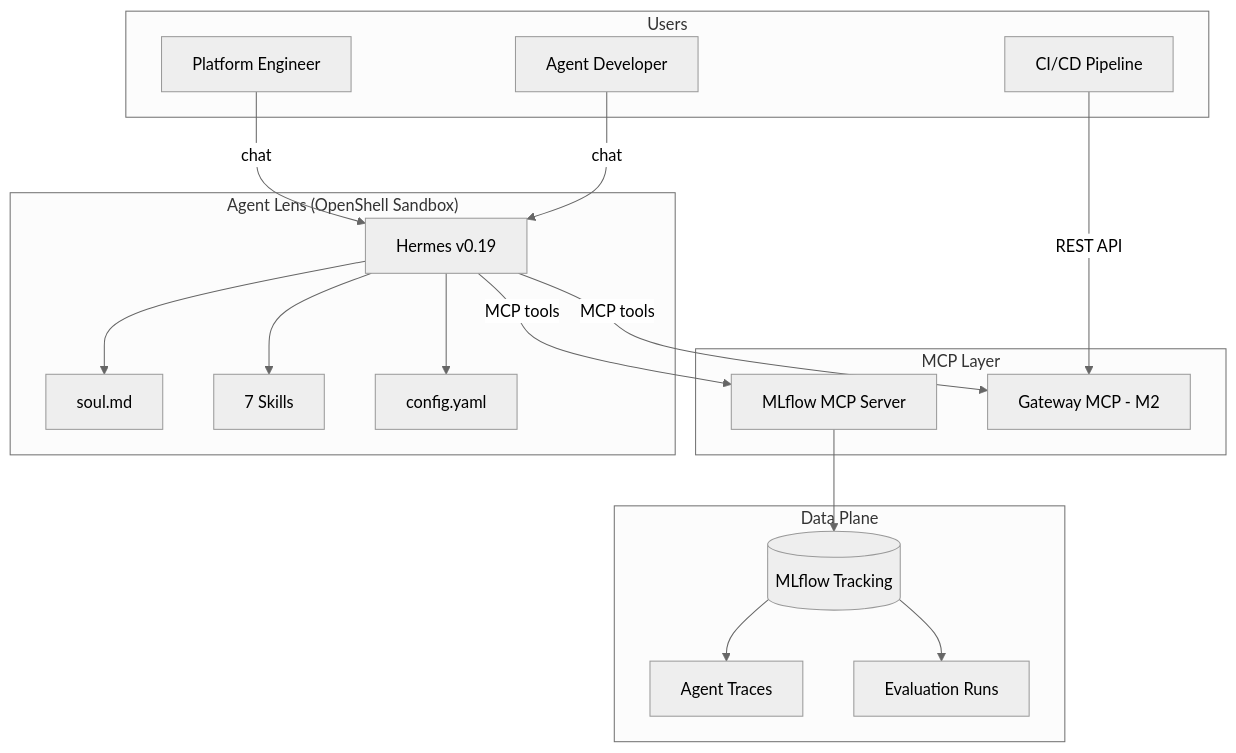
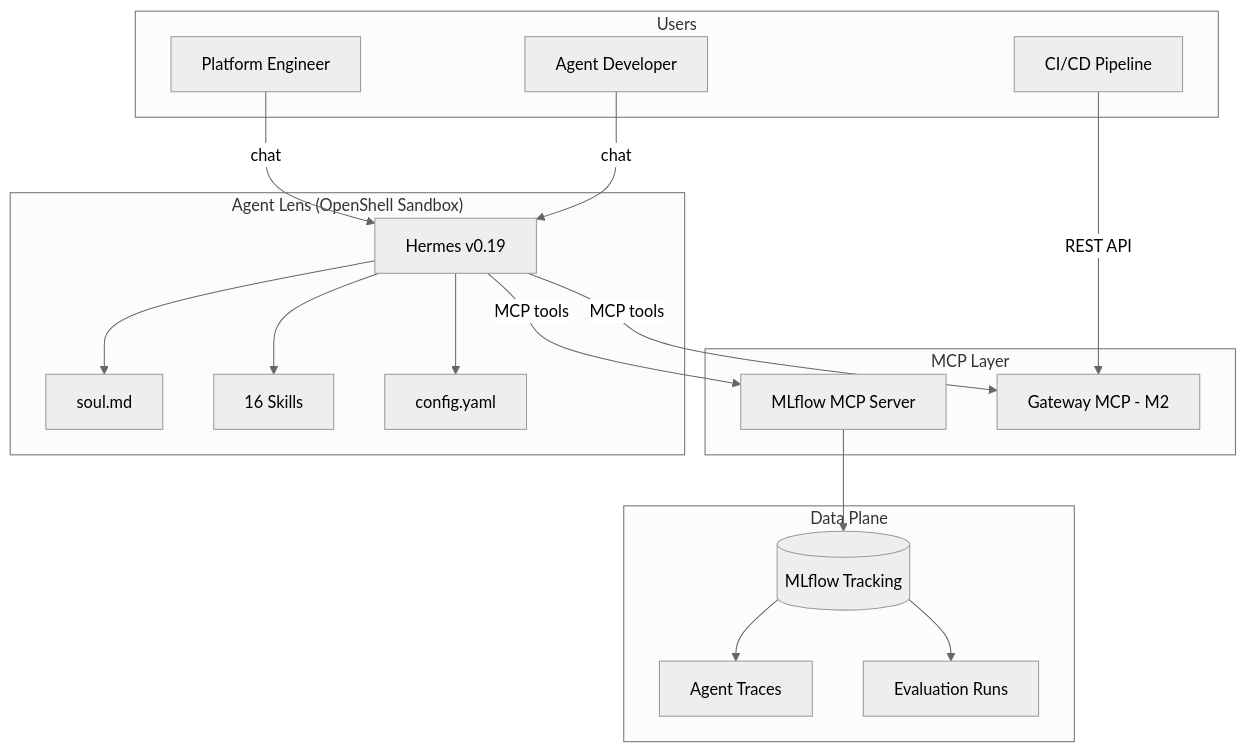
One commit to rrbanda/agent-lens changed the first of 2 diagrams in docs-site/docs/architecture.md. Above: the diagram before and after it, drawn with Mermaid. The commit also changed other lines of this file and 4 other files, not shown here.

````diff
--- a/docs-site/docs/architecture.md
+++ b/docs-site/docs/architecture.md
@@ -10,41 +10,41 @@
 ```mermaid
 %%{init: {'theme': 'neutral'}}%%
 graph TB
     subgraph Users
         PE[Platform Engineer]
         DEV[Agent Developer]
         CICD[CI/CD Pipeline]
     end
     
     subgraph AgentLens["Agent Lens (OpenShell Sandbox)"]
         Hermes[Hermes v0.19]
         Soul[soul.md]
-        Skills[7 Skills]
+        Skills[16 Skills]
         Config[config.yaml]
     end
     
     subgraph MCP["MCP Layer"]
         MLflowMCP[MLflow MCP Server]
         GatewayMCP[Gateway MCP - M2]
     end
     
     subgraph Data["Data Plane"]
         MLflow[(MLflow Tracking)]
         Traces[Agent Traces]
         Evals[Evaluation Runs]
     end
     
     PE -->|chat| Hermes
     DEV -->|chat| Hermes
     CICD -->|REST API| GatewayMCP
     
     Hermes --> Soul
     Hermes --> Skills
     Hermes --> Config
     Hermes -->|MCP tools| MLflowMCP
     Hermes -->|MCP tools| GatewayMCP
     
     MLflowMCP --> MLflow
     MLflow --> Traces
     MLflow --> Evals
 ```
````
